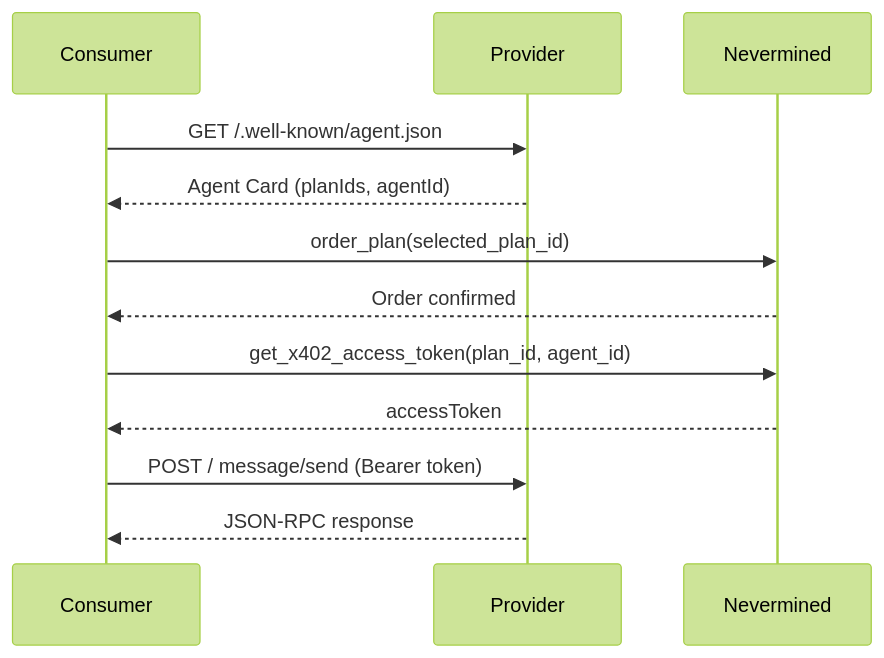
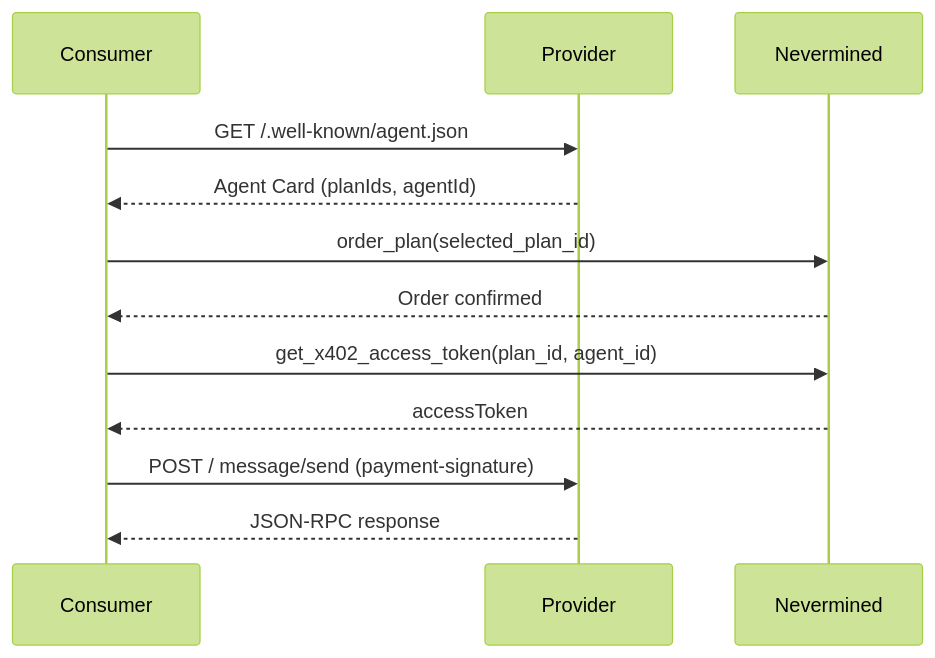
The second of 2 diagrams in docs/integrations/google-a2a.mdx (nevermined-io/docs), drawn with Mermaid (forest theme) before and after one commit. The commit also changed other lines of this file and 1 other file, not shown here.

Commit message:
docs: update A2A docs to use payment-signature header consistently

````diff
--- a/docs/integrations/google-a2a.mdx
+++ b/docs/integrations/google-a2a.mdx
@@ -329,18 +329,18 @@
 ```mermaid
 sequenceDiagram
     participant Consumer
     participant Provider
     participant Nevermined
 
     Consumer->>Provider: GET /.well-known/agent.json
     Provider-->>Consumer: Agent Card (planIds, agentId)
 
     Consumer->>Nevermined: order_plan(selected_plan_id)
     Nevermined-->>Consumer: Order confirmed
 
     Consumer->>Nevermined: get_x402_access_token(plan_id, agent_id)
     Nevermined-->>Consumer: accessToken
 
-    Consumer->>Provider: POST / message/send (Bearer token)
+    Consumer->>Provider: POST / message/send (payment-signature)
     Provider-->>Consumer: JSON-RPC response
 ```
````
